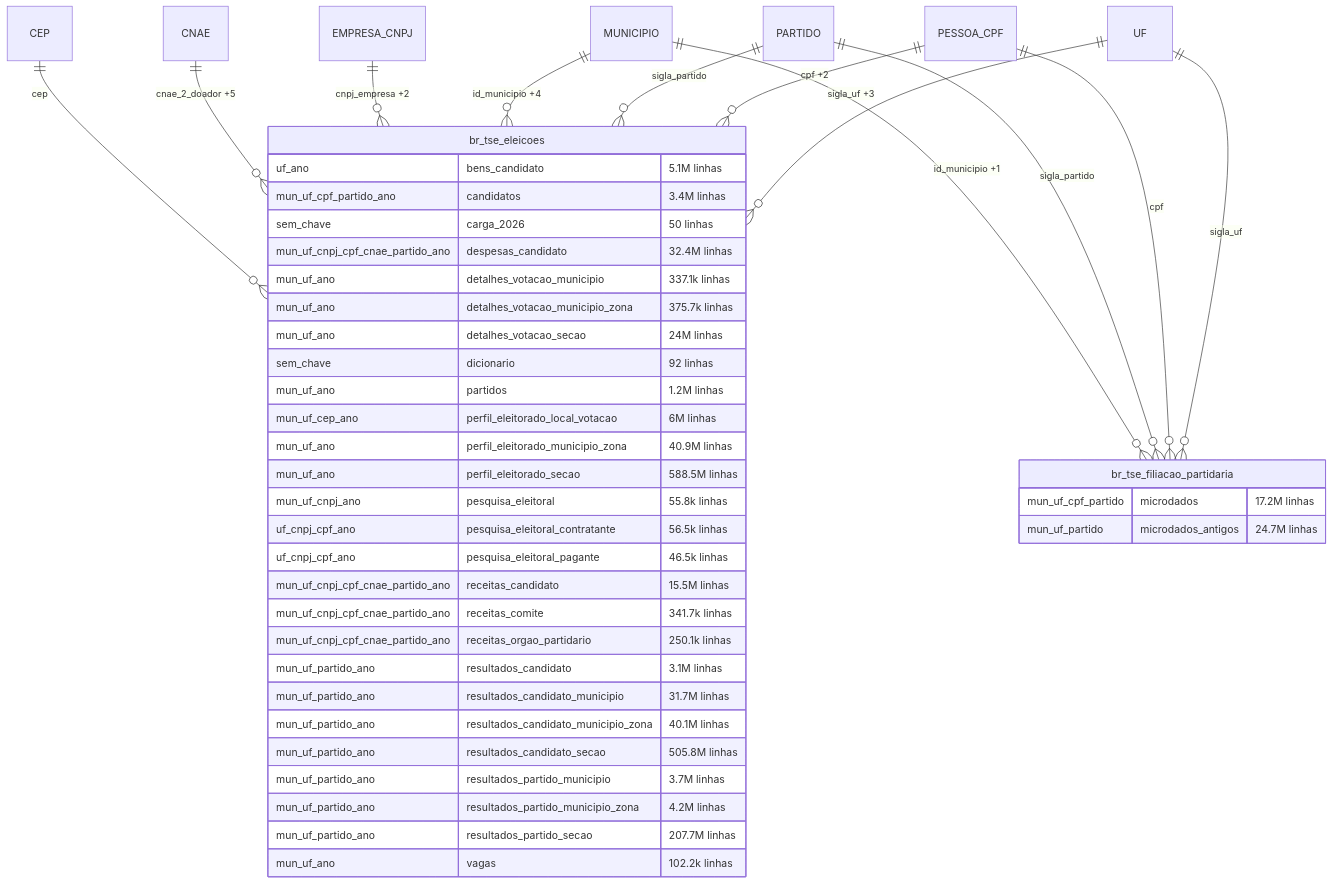
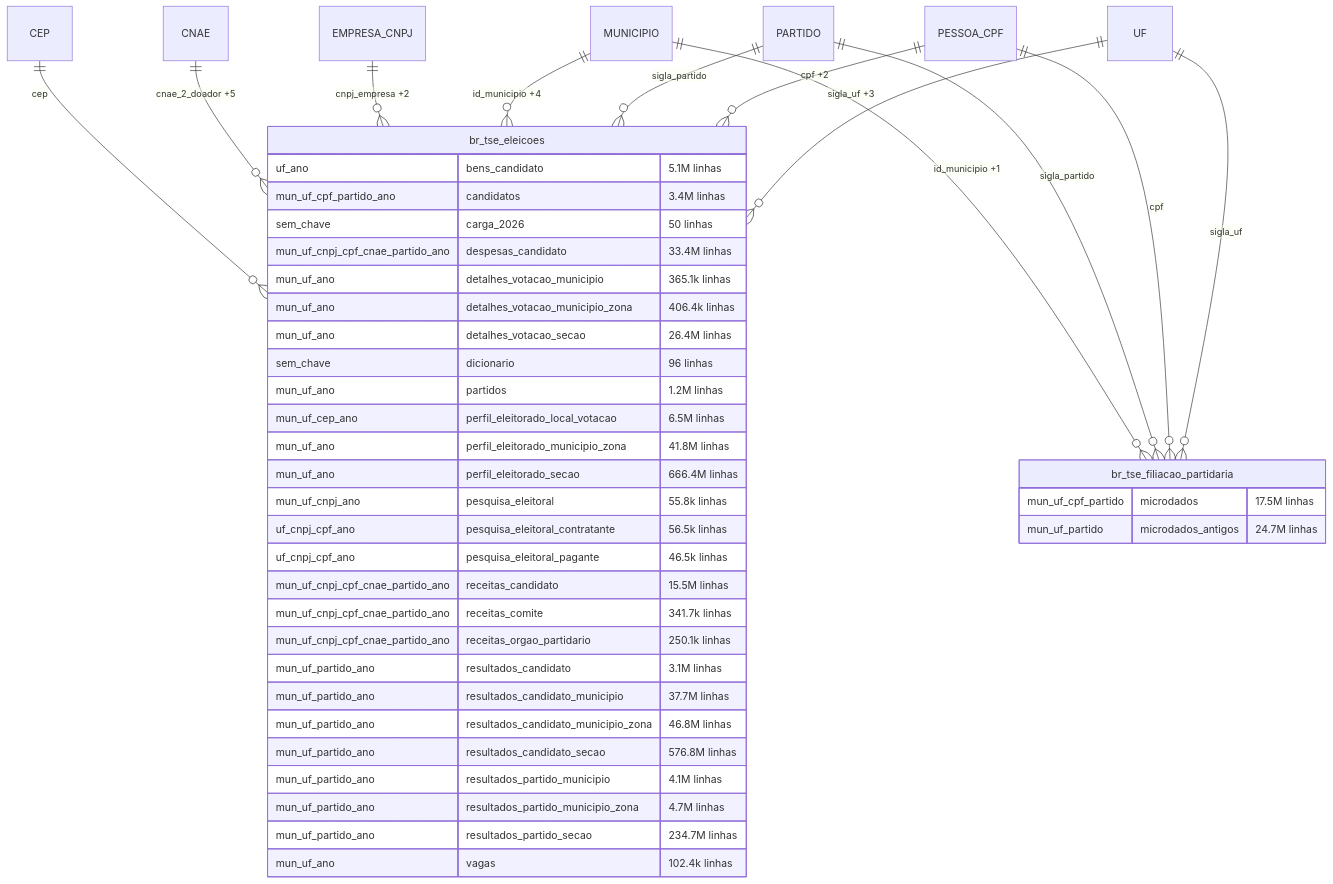
One commit to rafapolo/rodado changed diagram 19 of 30 in docs/mapa/ERD.md. Above: the diagram before and after it, drawn with Mermaid. The commit also changed other lines of this file and 7 other files, not shown here.

````diff
--- a/docs/mapa/ERD.md
+++ b/docs/mapa/ERD.md
@@ -1593,46 +1738,46 @@
 ```mermaid
 erDiagram
     CEP ||--o{ br_tse_eleicoes : "cep"
     CNAE ||--o{ br_tse_eleicoes : "cnae_2_doador +5"
     EMPRESA_CNPJ ||--o{ br_tse_eleicoes : "cnpj_empresa +2"
     MUNICIPIO ||--o{ br_tse_eleicoes : "id_municipio +4"
     PARTIDO ||--o{ br_tse_eleicoes : "sigla_partido"
     PESSOA_CPF ||--o{ br_tse_eleicoes : "cpf +2"
     UF ||--o{ br_tse_eleicoes : "sigla_uf +3"
     MUNICIPIO ||--o{ br_tse_filiacao_partidaria : "id_municipio +1"
     PARTIDO ||--o{ br_tse_filiacao_partidaria : "sigla_partido"
     PESSOA_CPF ||--o{ br_tse_filiacao_partidaria : "cpf"
     UF ||--o{ br_tse_filiacao_partidaria : "sigla_uf"
     br_tse_eleicoes {
         uf_ano bens_candidato "5.1M linhas"
         mun_uf_cpf_partido_ano candidatos "3.4M linhas"
         sem_chave carga_2026 "50 linhas"
-        mun_uf_cnpj_cpf_cnae_partido_ano despesas_candidato "32.4M linhas"
-        mun_uf_ano detalhes_votacao_municipio "337.1k linhas"
-        mun_uf_ano detalhes_votacao_municipio_zona "375.7k linhas"
-        mun_uf_ano detalhes_votacao_secao "24M linhas"
-        sem_chave dicionario "92 linhas"
+        mun_uf_cnpj_cpf_cnae_partido_ano despesas_candidato "33.4M linhas"
+        mun_uf_ano detalhes_votacao_municipio "365.1k linhas"
+        mun_uf_ano detalhes_votacao_municipio_zona "406.4k linhas"
+        mun_uf_ano detalhes_votacao_secao "26.4M linhas"
+        sem_chave dicionario "96 linhas"
         mun_uf_ano partidos "1.2M linhas"
-        mun_uf_cep_ano perfil_eleitorado_local_votacao "6M linhas"
-        mun_uf_ano perfil_eleitorado_municipio_zona "40.9M linhas"
-        mun_uf_ano perfil_eleitorado_secao "588.5M linhas"
+        mun_uf_cep_ano perfil_eleitorado_local_votacao "6.5M linhas"
+        mun_uf_ano perfil_eleitorado_municipio_zona "41.8M linhas"
+        mun_uf_ano perfil_eleitorado_secao "666.4M linhas"
         mun_uf_cnpj_ano pesquisa_eleitoral "55.8k linhas"
         uf_cnpj_cpf_ano pesquisa_eleitoral_contratante "56.5k linhas"
         uf_cnpj_cpf_ano pesquisa_eleitoral_pagante "46.5k linhas"
         mun_uf_cnpj_cpf_cnae_partido_ano receitas_candidato "15.5M linhas"
         mun_uf_cnpj_cpf_cnae_partido_ano receitas_comite "341.7k linhas"
         mun_uf_cnpj_cpf_cnae_partido_ano receitas_orgao_partidario "250.1k linhas"
         mun_uf_partido_ano resultados_candidato "3.1M linhas"
-        mun_uf_partido_ano resultados_candidato_municipio "31.7M linhas"
-        mun_uf_partido_ano resultados_candidato_municipio_zona "40.1M linhas"
-        mun_uf_partido_ano resultados_candidato_secao "505.8M linhas"
-        mun_uf_partido_ano resultados_partido_municipio "3.7M linhas"
-        mun_uf_partido_ano resultados_partido_municipio_zona "4.2M linhas"
-        mun_uf_partido_ano resultados_partido_secao "207.7M linhas"
-        mun_uf_ano vagas "102.2k linhas"
+        mun_uf_partido_ano resultados_candidato_municipio "37.7M linhas"
+        mun_uf_partido_ano resultados_candidato_municipio_zona "46.8M linhas"
+        mun_uf_partido_ano resultados_candidato_secao "576.8M linhas"
+        mun_uf_partido_ano resultados_partido_municipio "4.1M linhas"
+        mun_uf_partido_ano resultados_partido_municipio_zona "4.7M linhas"
+        mun_uf_partido_ano resultados_partido_secao "234.7M linhas"
+        mun_uf_ano vagas "102.4k linhas"
     }
     br_tse_filiacao_partidaria {
-        mun_uf_cpf_partido microdados "17.2M linhas"
+        mun_uf_cpf_partido microdados "17.5M linhas"
         mun_uf_partido microdados_antigos "24.7M linhas"
     }
 ```
````
